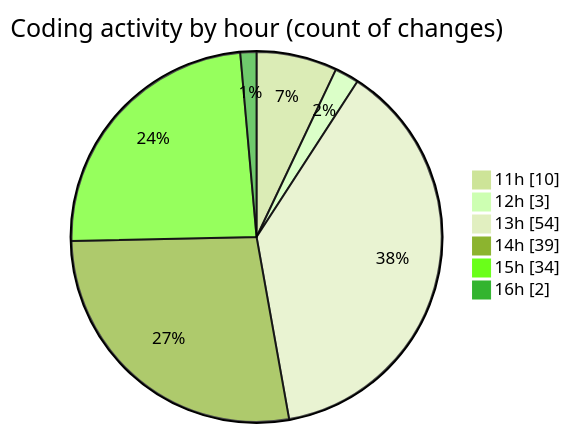
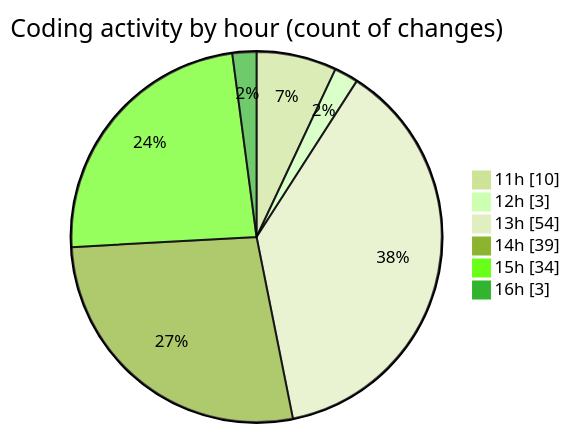
Before and after one commit to momahboobian/code-tracking: the second of 2 diagrams in 2025-02-14/cda/README.md, drawn with Mermaid (forest theme). The commit also changed other lines of this file and 1 other file, not shown here.

````diff
--- a/2025-02-14/cda/README.md
+++ b/2025-02-14/cda/README.md
@@ -37,10 +37,10 @@
 ```mermaid
 pie showData
 title Coding activity by hour (count of changes)
 "11h" : 10
 "12h" : 3
 "13h" : 54
 "14h" : 39
 "15h" : 34
-"16h" : 2
+"16h" : 3
 ```
````
